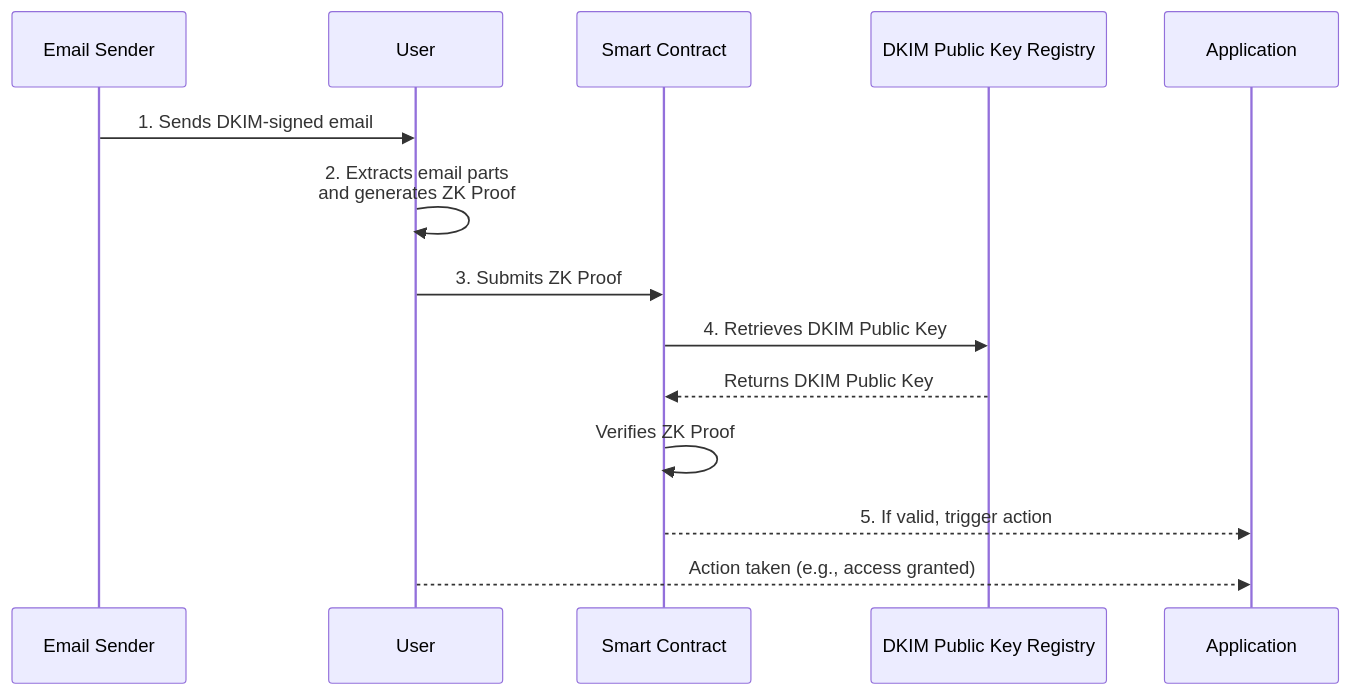
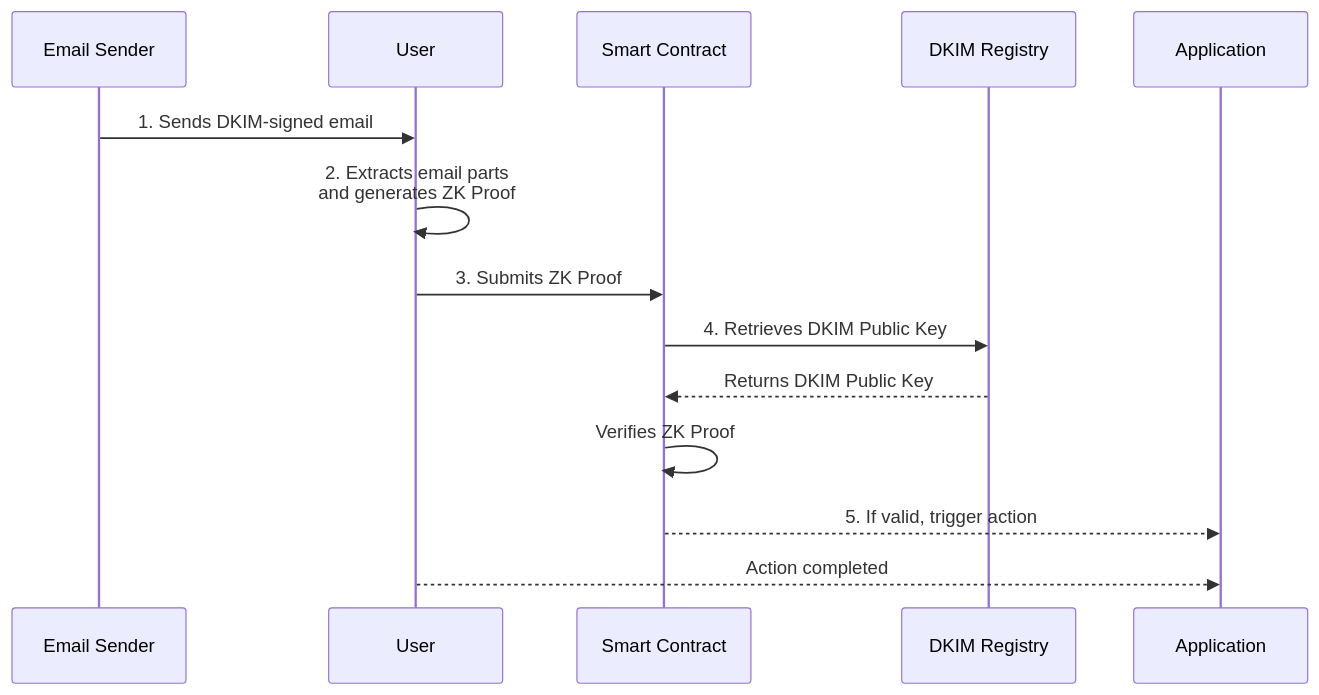
One commit to zkemail/docusaurus changed the diagram in docs/architecture/README.md. Above: the diagram before and after it, drawn with Mermaid. The commit also changed other lines of this file and 4 other files, not shown here.

````diff
--- a/docs/architecture/README.md
+++ b/docs/architecture/README.md
@@ -60,17 +63,17 @@
 ```mermaid
 sequenceDiagram
     participant Email Sender
     participant User
     participant Smart Contract
-    participant DKIM Public Key Registry
+    participant DKIM Registry
     participant Application
 
     Email Sender ->> User: 1. Sends DKIM-signed email
     User ->> User: 2. Extracts email parts<br>and generates ZK Proof
     User ->> Smart Contract: 3. Submits ZK Proof
-    Smart Contract ->> DKIM Public Key Registry: 4. Retrieves DKIM Public Key
-    DKIM Public Key Registry -->> Smart Contract: Returns DKIM Public Key
+    Smart Contract ->> DKIM Registry: 4. Retrieves DKIM Public Key
+    DKIM Registry -->> Smart Contract: Returns DKIM Public Key
     Smart Contract ->> Smart Contract: Verifies ZK Proof
     Smart Contract -->> Application: 5. If valid, trigger action
-    User -->> Application: Action taken (e.g., access granted)
+    User -->> Application: Action completed
 ```
````
